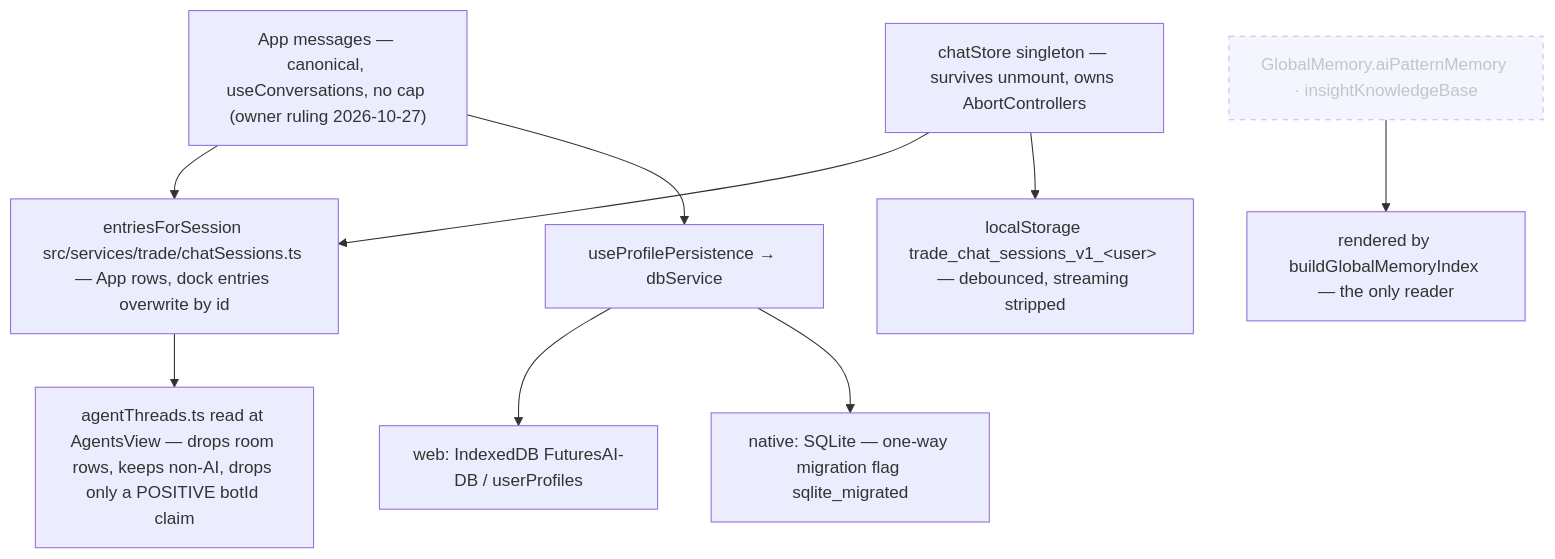
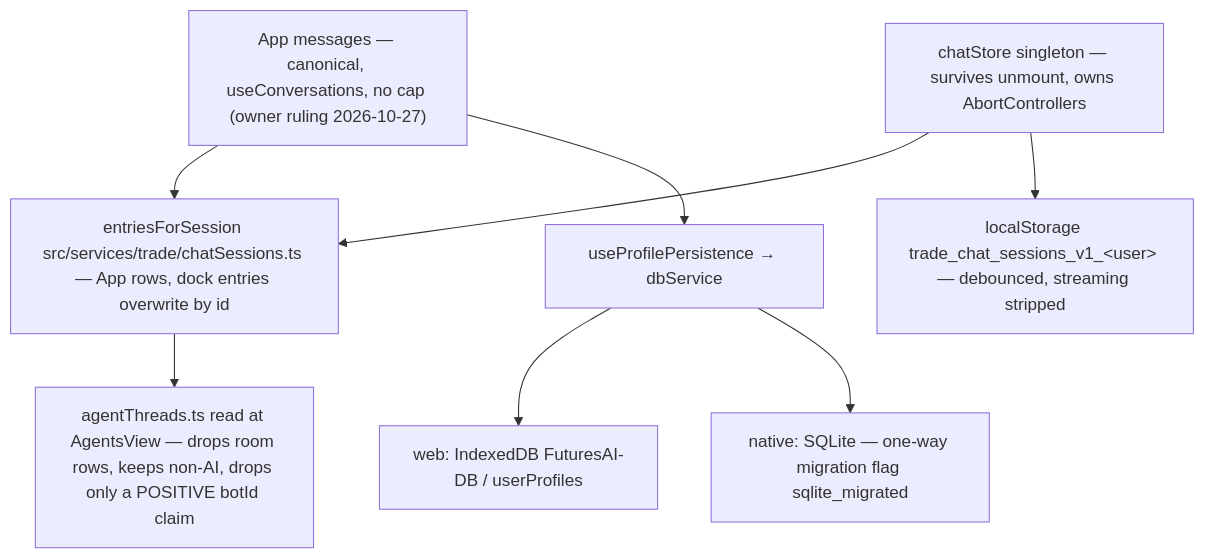
One commit to KILLER3UG/augustTrading changed the eighth of 8 diagrams in docs/architecture/system-map.md. Above: the diagram before and after it, drawn with Mermaid. The commit also changed other lines of this file and 14 other files, not shown here.

Commit message:
refactor(memory): migrate the frozen insight store into the notebook, then delete it

````diff
--- a/docs/architecture/system-map.md
+++ b/docs/architecture/system-map.md
@@ -500,12 +501,10 @@
 ```mermaid
 flowchart TD
     MSG["App messages — canonical, useConversations, no cap (owner ruling 2026-10-27)"] --> MER["entriesForSession src/services/trade/chatSessions.ts — App rows, dock entries overwrite by id"]
     CS["chatStore singleton — survives unmount, owns AbortControllers"] --> MER
     MER --> PANE["agentThreads.ts read at AgentsView — drops room rows, keeps non-AI, drops only a POSITIVE botId claim"]
     CS --> LS["localStorage trade_chat_sessions_v1_&lt;user&gt; — debounced, streaming stripped"]
     MSG --> PP["useProfilePersistence → dbService"]
     PP --> IDB["web: IndexedDB FuturesAI-DB / userProfiles"]
     PP --> SQL["native: SQLite — one-way migration flag sqlite_migrated"]
-    GM["GlobalMemory.aiPatternMemory · insightKnowledgeBase"]:::dead --> IDX["rendered by buildGlobalMemoryIndex — the only reader"]
-    classDef dead stroke-dasharray: 5 5,opacity:.5
 ```
````
